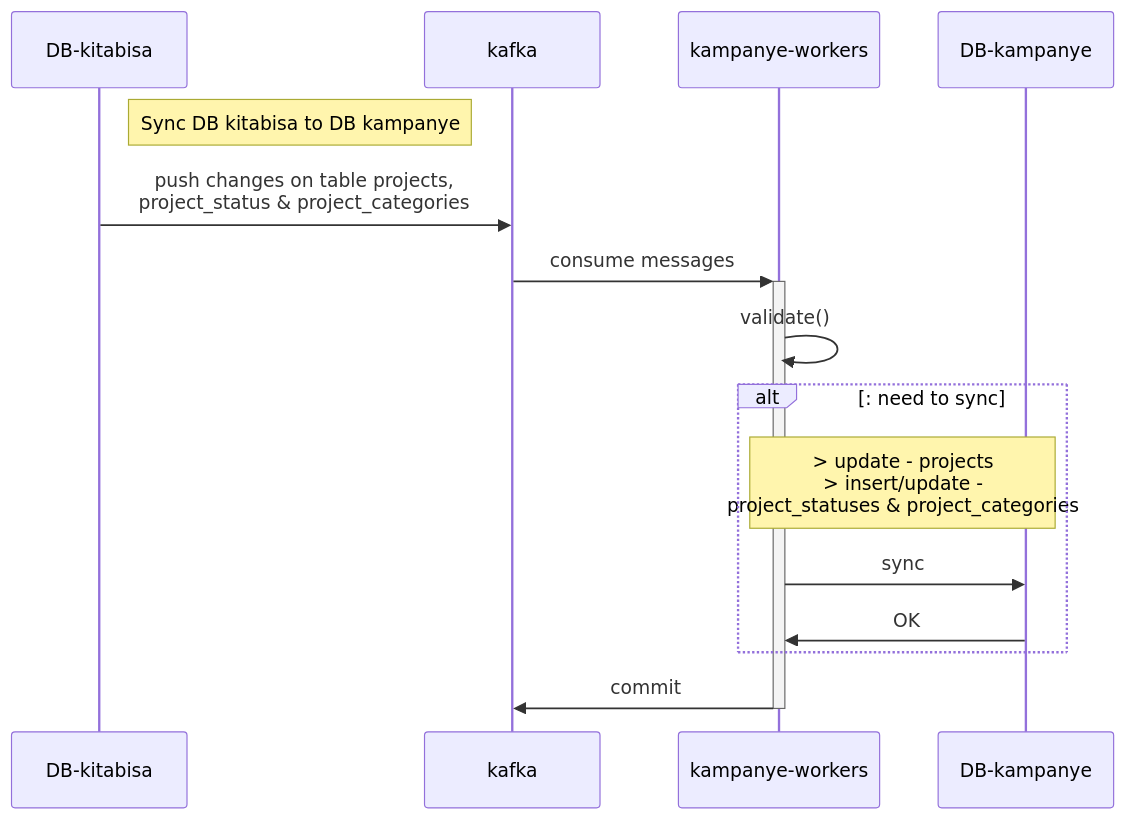
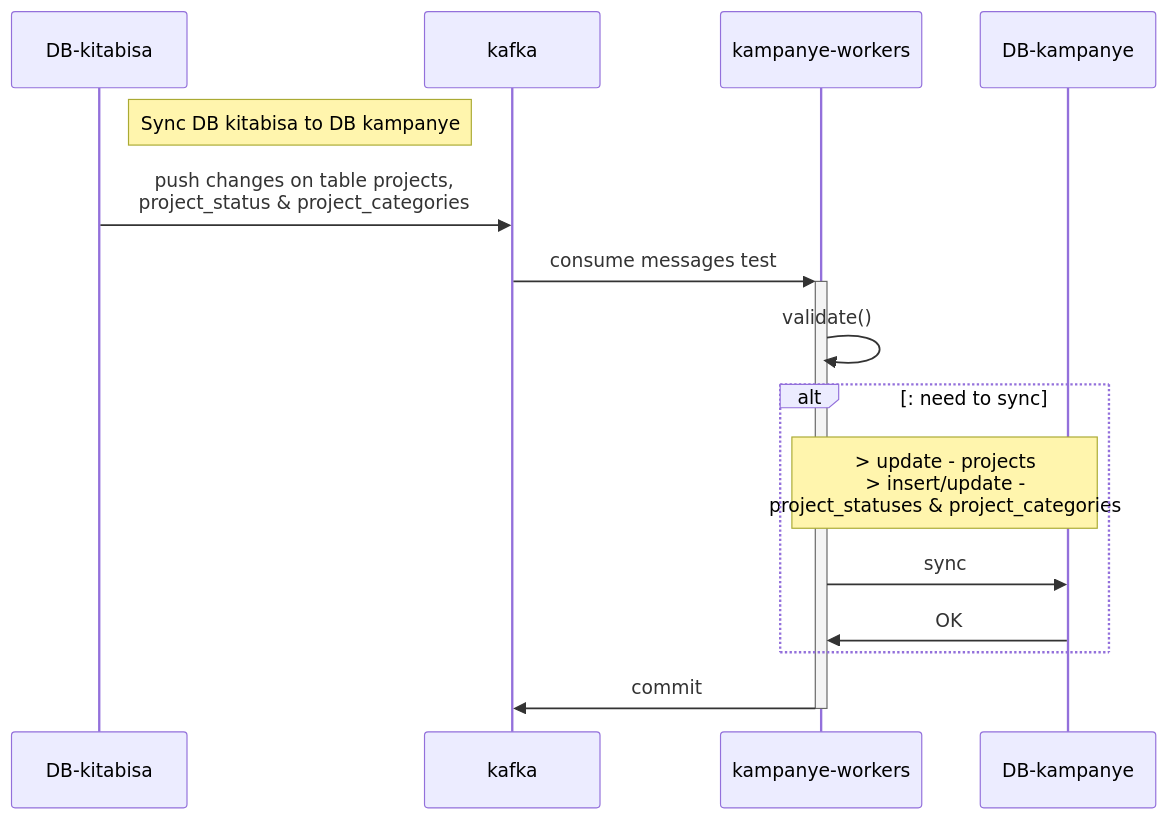
The diagram in docs/seq-sync_db.mmd (ardityawahyu/test-actions), drawn with Mermaid before and after one commit.

Commit message:
fifth commit

````diff
--- a/docs/seq-sync_db.mmd
+++ b/docs/seq-sync_db.mmd
@@ -1,19 +1,19 @@
 ```mermaid
 sequenceDiagram
     participant dbm as DB-kitabisa
     participant kf as kafka
     participant kw as kampanye-workers
     participant db as DB-kampanye
     note right of dbm: Sync DB kitabisa to DB kampanye
     dbm->>kf: push changes on table projects, <br>project_status & project_categories
     
-    kf->>+kw: consume messages
+    kf->>+kw: consume messages test
     kw->>kw: validate()
     alt: need to sync
     note over kw,db: > update - projects<br> > insert/update - <br>project_statuses & project_categories
     kw->>db: sync
     db->>kw: OK
     end
     kw->>kf: commit
     deactivate kw
 ```
````
